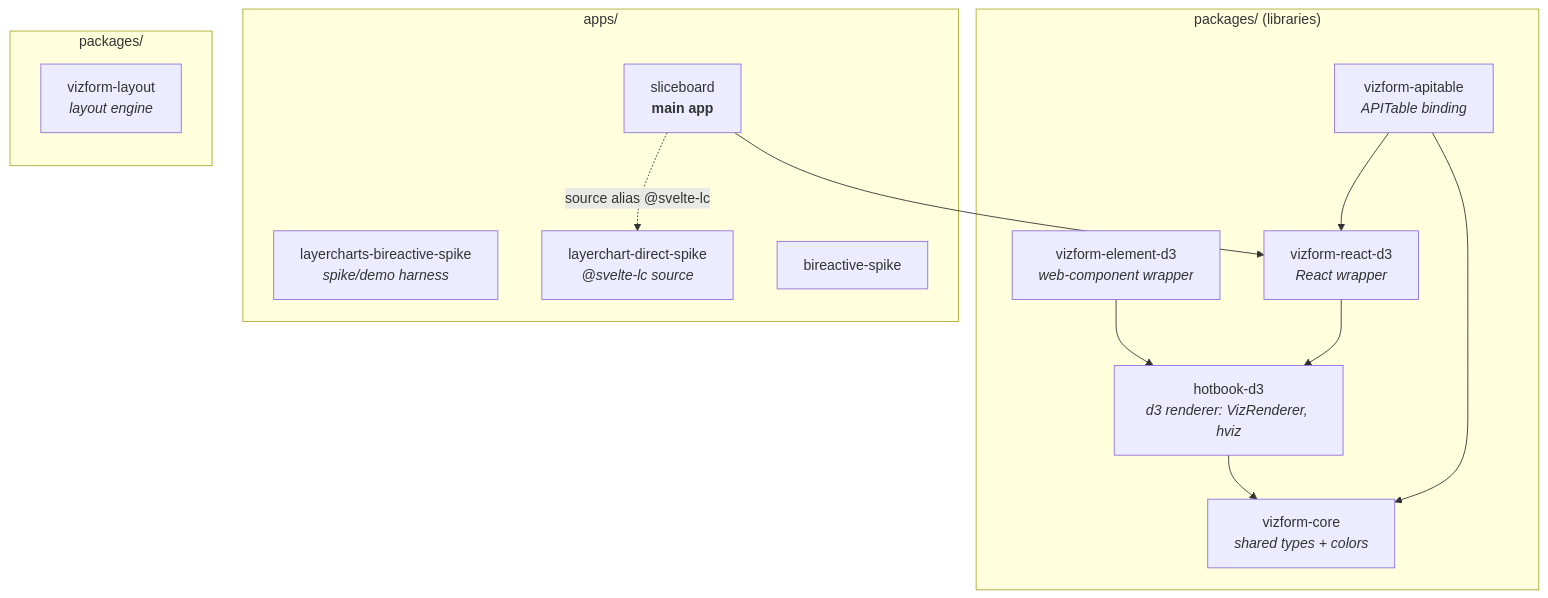
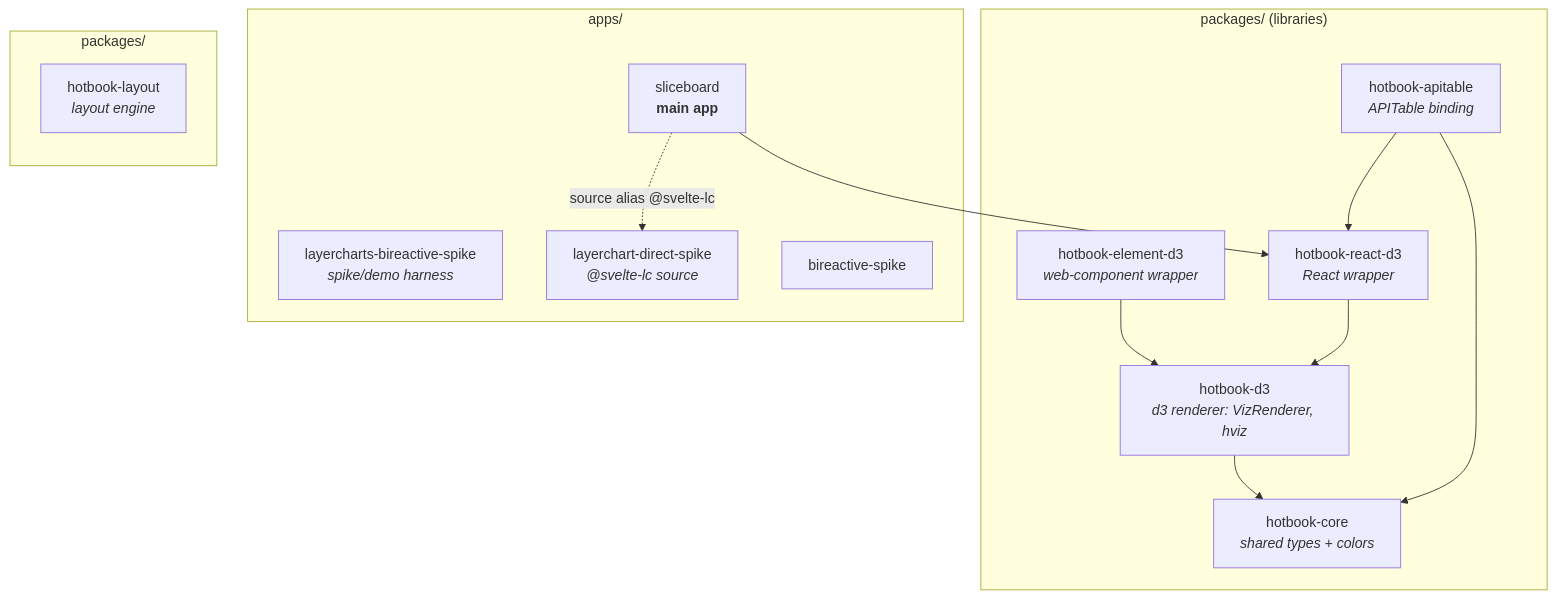
Before and after one commit to WinstonFassett/hotbook: the first of 2 diagrams in wiki/dependencies.md, drawn with Mermaid. The commit also changed other lines of this file and 44 other files, not shown here.

Commit message:
chore: fully replace vizform -> hotbook

````diff
--- a/wiki/dependencies.md
+++ b/wiki/dependencies.md
@@ -12,30 +12,30 @@
 ```mermaid
 graph TD
   subgraph pkgs["packages/ (libraries)"]
-    core["vizform-core<br/><i>shared types + colors</i>"]
+    core["hotbook-core<br/><i>shared types + colors</i>"]
     vanilla["hotbook-d3<br/><i>d3 renderer: VizRenderer, hviz</i>"]
-    elem["vizform-element-d3<br/><i>web-component wrapper</i>"]
-    reactd3["vizform-react-d3<br/><i>React wrapper</i>"]
-    apitable["vizform-apitable<br/><i>APITable binding</i>"]
+    elem["hotbook-element-d3<br/><i>web-component wrapper</i>"]
+    reactd3["hotbook-react-d3<br/><i>React wrapper</i>"]
+    apitable["hotbook-apitable<br/><i>APITable binding</i>"]
   end
 
   subgraph apps["apps/"]
     slice["sliceboard<br/><b>main app</b>"]
     brlc["layercharts-bireactive-spike<br/><i>spike/demo harness</i>"]
     sveltelc["layerchart-direct-spike<br/><i>@svelte-lc source</i>"]
     brspike["bireactive-spike"]
   end
 
   subgraph packages["packages/"]
     direction TB
-    nativelayout["vizform-layout<br/><i>layout engine</i>"]
+    nativelayout["hotbook-layout<br/><i>layout engine</i>"]
   end
 
   vanilla --> core
   elem --> vanilla
   reactd3 --> vanilla
   apitable --> core
   apitable --> reactd3
   slice --> reactd3
   slice -. "source alias @svelte-lc" .-> sveltelc
 ```
````
